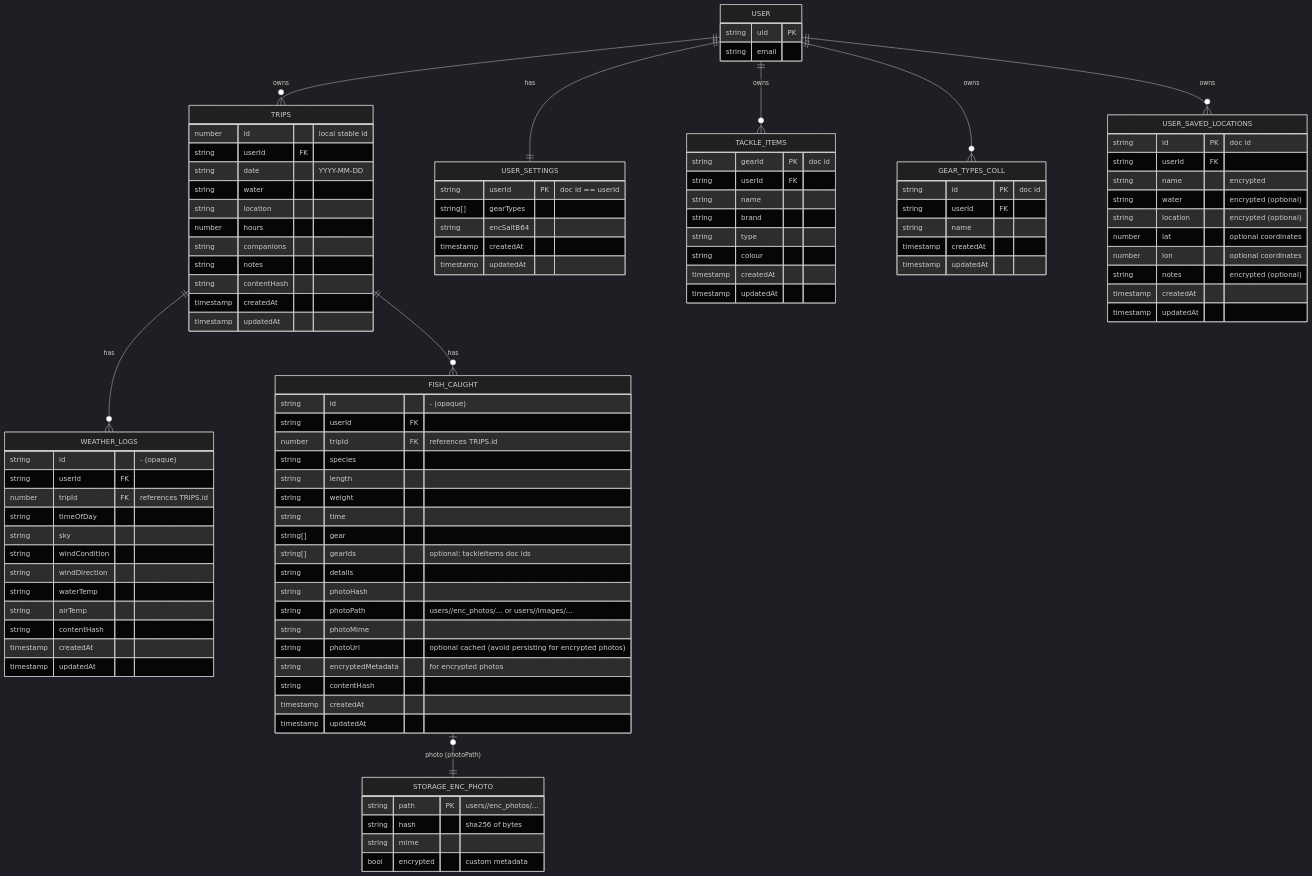
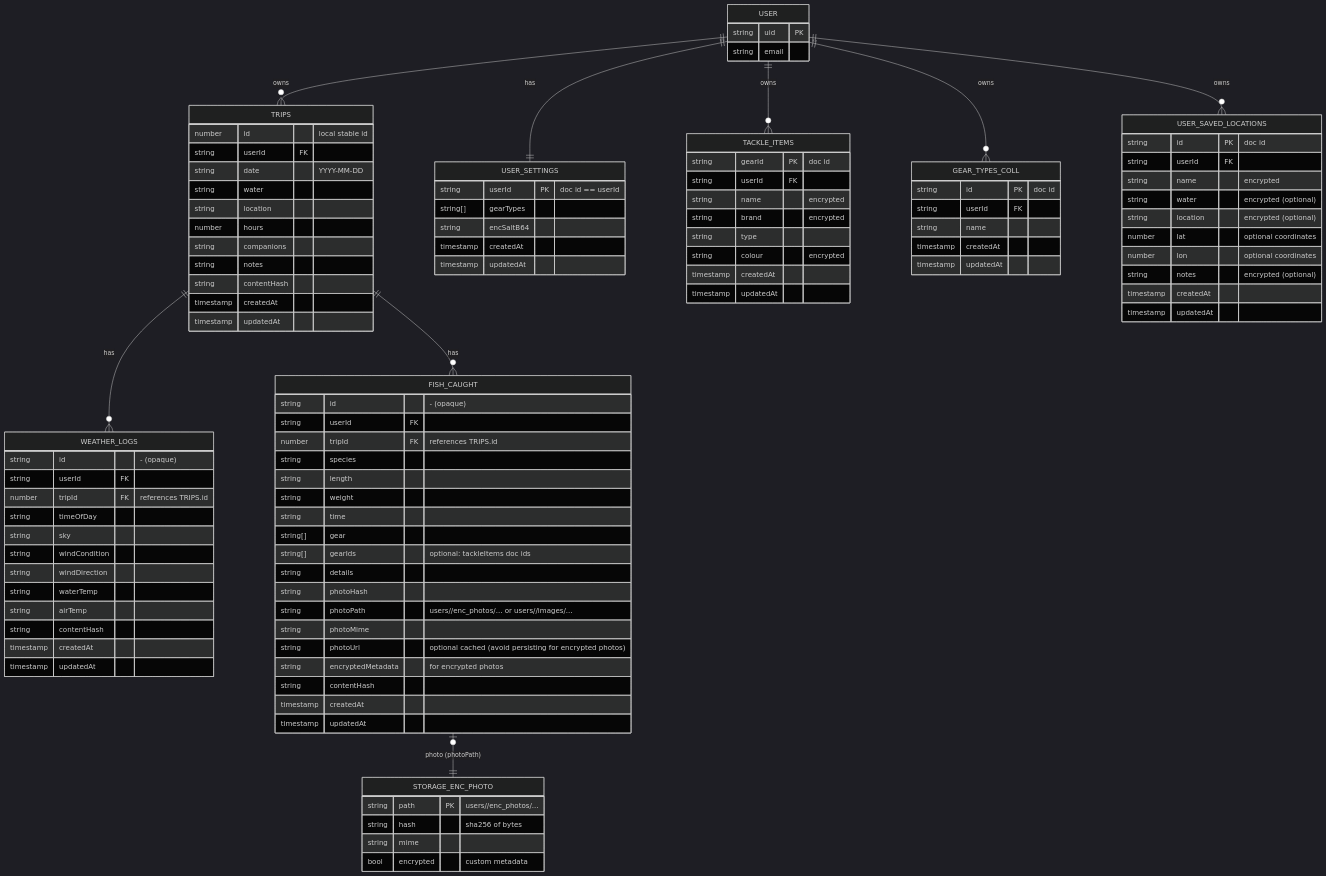
Before and after one commit to kerry-davis/maori-fishing-calendar-react: the first of 4 diagrams in docs/architecture/DATA_MODEL.md, drawn with Mermaid (dark theme). The commit also changed other lines of this file and 3 other files, not shown here.

```diff
--- a/docs/architecture/DATA_MODEL.md
+++ b/docs/architecture/DATA_MODEL.md
@@ -94,10 +94,10 @@
   TACKLE_ITEMS {
     string gearId PK  "doc id"
     string userId FK
-    string name
-    string brand
+    string name       "encrypted"
+    string brand      "encrypted"
     string type
-    string colour
+    string colour     "encrypted"
     timestamp createdAt
     timestamp updatedAt
   }
```
